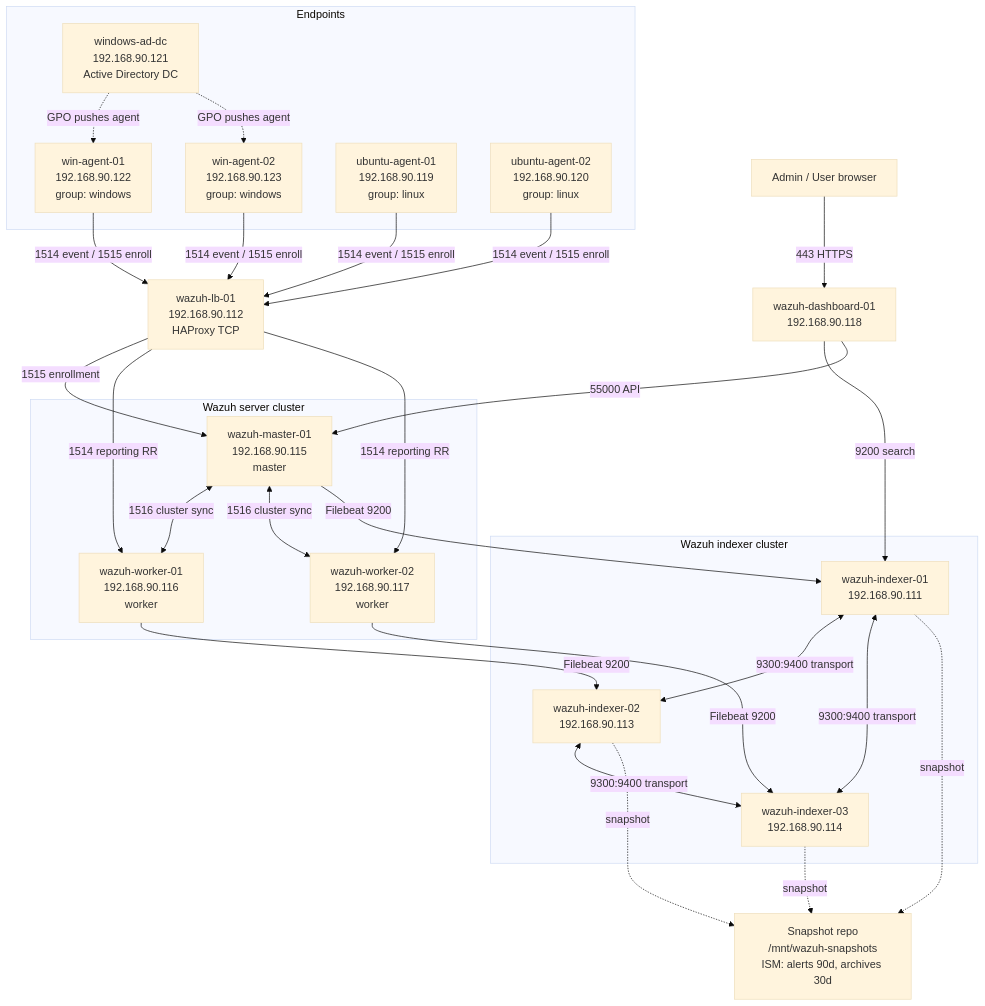
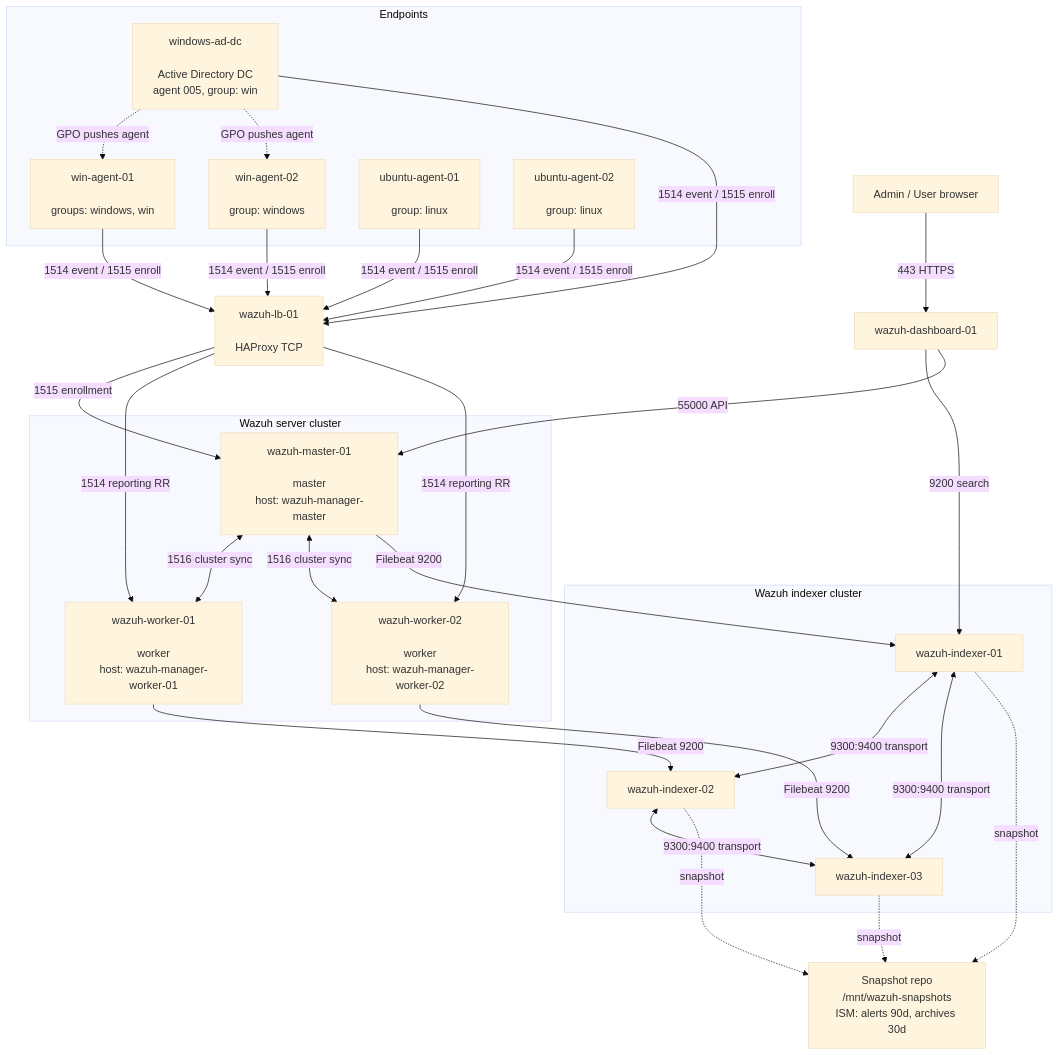
One commit to dimasqiramadhani/production-ready-siem-deployment changed the first of 3 diagrams in README.md. Above: the diagram before and after it, drawn with Mermaid (base theme). The commit also changed other lines of this file and 40 other files, not shown here.

````diff
--- a/README.md
+++ b/README.md
@@ -146,59 +217,60 @@
 ```mermaid
 flowchart TB
     subgraph EP["Endpoints"]
-        DC["windows-ad-dc<br/>192.168.90.121<br/>Active Directory DC"]
-        W1["win-agent-01<br/>192.168.90.122<br/>group: windows"]
-        W2["win-agent-02<br/>192.168.90.123<br/>group: windows"]
-        U1["ubuntu-agent-01<br/>192.168.90.119<br/>group: linux"]
-        U2["ubuntu-agent-02<br/>192.168.90.120<br/>group: linux"]
+        DC["windows-ad-dc<br/><AD_DC_IP><br/>Active Directory DC<br/>agent 005, group: win"]
+        W1["win-agent-01<br/><WIN_AGENT_01_IP><br/>groups: windows, win"]
+        W2["win-agent-02<br/><WIN_AGENT_02_IP><br/>group: windows"]
+        U1["ubuntu-agent-01<br/><UBUNTU_AGENT_01_IP><br/>group: linux"]
+        U2["ubuntu-agent-02<br/><UBUNTU_AGENT_02_IP><br/>group: linux"]
     end
 
-    LB["wazuh-lb-01<br/>192.168.90.112<br/>HAProxy TCP"]
+    LB["wazuh-lb-01<br/><LB_IP><br/>HAProxy TCP"]
 
     subgraph SRV["Wazuh server cluster"]
-        M["wazuh-master-01<br/>192.168.90.115<br/>master"]
-        K1["wazuh-worker-01<br/>192.168.90.116<br/>worker"]
-        K2["wazuh-worker-02<br/>192.168.90.117<br/>worker"]
+        M["wazuh-master-01<br/><MASTER_IP><br/>master<br/>host: wazuh-manager-master"]
+        K1["wazuh-worker-01<br/><WORKER_01_IP><br/>worker<br/>host: wazuh-manager-worker-01"]
+        K2["wazuh-worker-02<br/><WORKER_02_IP><br/>worker<br/>host: wazuh-manager-worker-02"]
     end
 
     subgraph IDX["Wazuh indexer cluster"]
-        I1["wazuh-indexer-01<br/>192.168.90.111"]
-        I2["wazuh-indexer-02<br/>192.168.90.113"]
-        I3["wazuh-indexer-03<br/>192.168.90.114"]
+        I1["wazuh-indexer-01<br/><INDEXER_01_IP>"]
+        I2["wazuh-indexer-02<br/><INDEXER_02_IP>"]
+        I3["wazuh-indexer-03<br/><INDEXER_03_IP>"]
     end
 
     SNAP["Snapshot repo<br/>/mnt/wazuh-snapshots<br/>ISM: alerts 90d, archives 30d"]
 
-    D["wazuh-dashboard-01<br/>192.168.90.118"]
+    D["wazuh-dashboard-01<br/><DASHBOARD_IP>"]
     A["Admin / User browser"]
 
     DC -.->|GPO pushes agent| W1
     DC -.->|GPO pushes agent| W2
+    DC -->|1514 event / 1515 enroll| LB
     W1 -->|1514 event / 1515 enroll| LB
     W2 -->|1514 event / 1515 enroll| LB
     U1 -->|1514 event / 1515 enroll| LB
     U2 -->|1514 event / 1515 enroll| LB
 
     LB -->|1515 enrollment| M
     LB -->|1514 reporting RR| K1
     LB -->|1514 reporting RR| K2
 
     M <-->|1516 cluster sync| K1
     M <-->|1516 cluster sync| K2
 
     M -->|Filebeat 9200| I1
     K1 -->|Filebeat 9200| I2
     K2 -->|Filebeat 9200| I3
 
     I1 <-->|9300:9400 transport| I2
     I2 <-->|9300:9400 transport| I3
     I1 <-->|9300:9400 transport| I3
 
     I1 -.->|snapshot| SNAP
     I2 -.->|snapshot| SNAP
     I3 -.->|snapshot| SNAP
 
     D -->|9200 search| I1
     D -->|55000 API| M
     A -->|443 HTTPS| D
 ```
````
